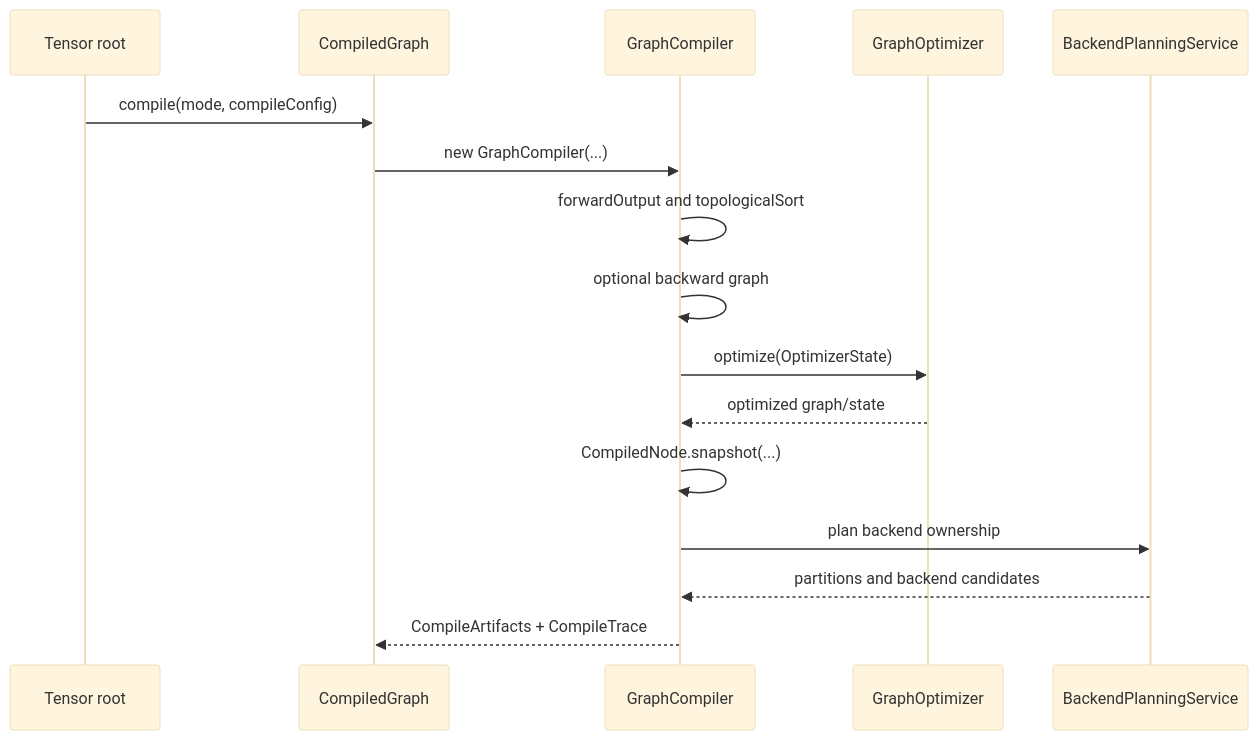
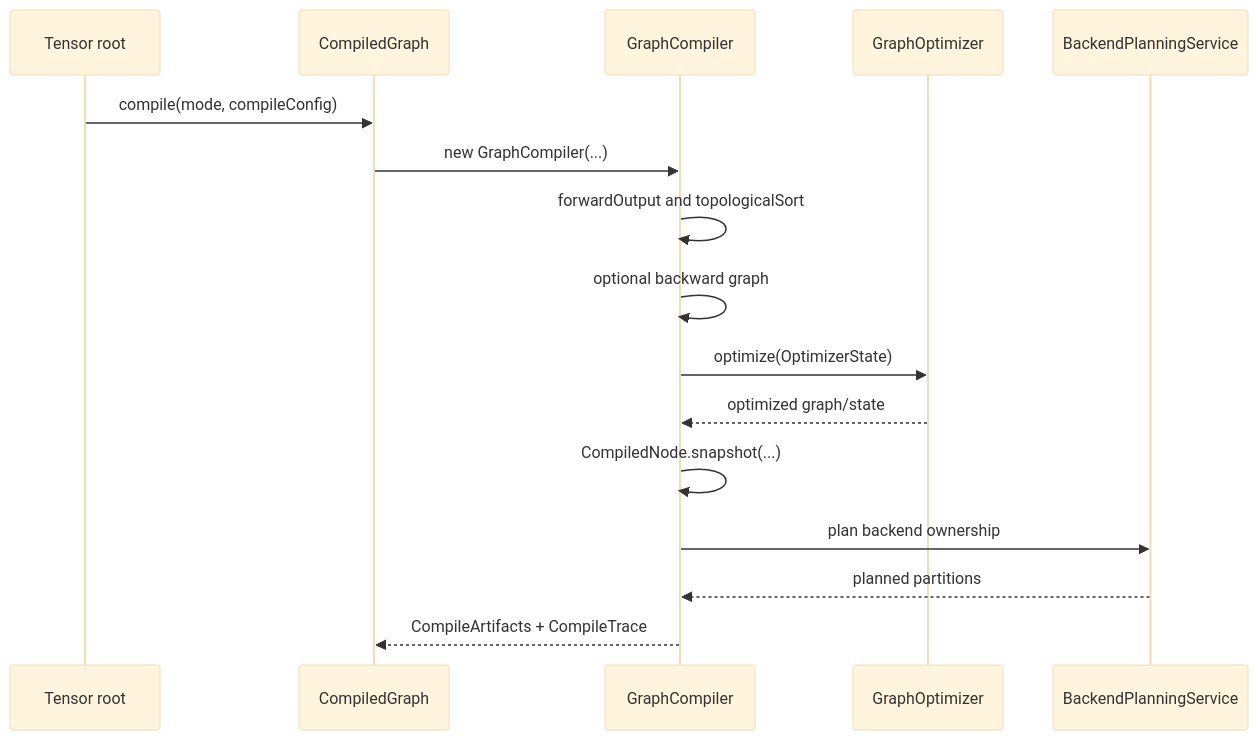
The second of 6 diagrams in docs/architecture.md (pho001/Synaptik), drawn with Mermaid (base theme) before and after one commit. The commit also changed 74 other files, not shown here.

Commit message:
graph: simplify compile planning artifacts

````diff
--- a/docs/architecture.md
+++ b/docs/architecture.md
@@ -122,19 +122,19 @@
 ```mermaid
 sequenceDiagram
     participant T as Tensor root
     participant CG as CompiledGraph
     participant GC as GraphCompiler
     participant O as GraphOptimizer
     participant BP as BackendPlanningService
 
     T->>CG: compile(mode, compileConfig)
     CG->>GC: new GraphCompiler(...)
     GC->>GC: forwardOutput and topologicalSort
     GC->>GC: optional backward graph
     GC->>O: optimize(OptimizerState)
     O-->>GC: optimized graph/state
     GC->>GC: CompiledNode.snapshot(...)
     GC->>BP: plan backend ownership
-    BP-->>GC: partitions and backend candidates
+    BP-->>GC: planned partitions
     GC-->>CG: CompileArtifacts + CompileTrace
 ```
````
